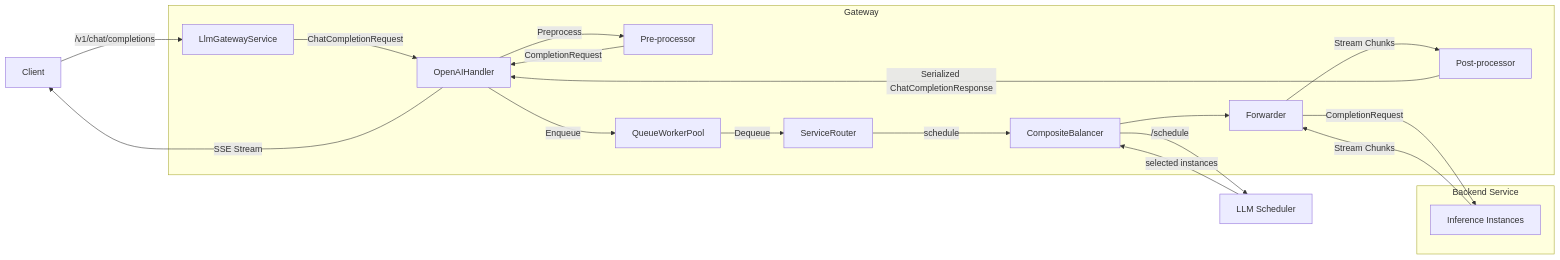
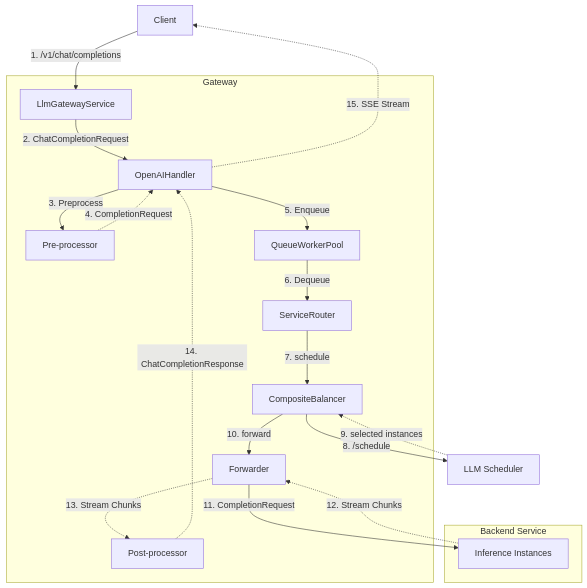
The diagram in docs/source/design/gateway_architecture.md (llumnix-project/llumnix), drawn with Mermaid before and after one commit. The commit also changed 3 other files, not shown here.

````diff
--- a/docs/source/design/gateway_architecture.md
+++ b/docs/source/design/gateway_architecture.md
@@ -104,37 +104,38 @@
 ```mermaid
-graph LR
+%%{init: {'flowchart': {'curve': 'basis', 'nodeSpacing': 30}}}%%
+graph TB
     Client[Client]
     
     subgraph Gateway["Gateway"]
         Service[LlmGatewayService]
         Handler[OpenAIHandler]
         PreProc[Pre-processor]
         Queue[QueueWorkerPool]
         Router[ServiceRouter]
         LB[CompositeBalancer]
         Forwarder[Forwarder]
         PostProc[Post-processor]
     end
     
     subgraph Backend["Backend Service"]
         Internal[Inference Instances]
     end
     
     Scheduler[LLM Scheduler]
     
-    Client -->|/v1/chat/completions| Service
-    Service --> |ChatCompletionRequest| Handler
-    Handler --> |Preprocess| PreProc
-    PreProc --> |CompletionRequest| Handler
-    Handler --> |Enqueue| Queue
-    Queue --> |Dequeue|Router
-    Router -->|schedule| LB
-    LB -->|/schedule| Scheduler
-    Scheduler -->|selected instances| LB
-    LB --> Forwarder
-    Forwarder -->|CompletionRequest| Internal
-    Internal -->|Stream Chunks| Forwarder
-    Forwarder -->|Stream Chunks| PostProc
-    PostProc -->|Serialized ChatCompletionResponse| Handler
-    Handler -->|SSE Stream| Client
+    Client -->|1. /v1/chat/completions| Service
+    Service -->|2. ChatCompletionRequest| Handler
+    Handler -->|3. Preprocess| PreProc
+    PreProc -.->|4. CompletionRequest| Handler
+    Handler -->|5. Enqueue| Queue
+    Queue -->|6. Dequeue| Router
+    Router -->|7. schedule| LB
+    LB -->|8. /schedule| Scheduler
+    Scheduler -.->|9. selected instances| LB
+    LB -->|10. forward| Forwarder
+    Forwarder -->|11. CompletionRequest| Internal
+    Internal -.->|12. Stream Chunks| Forwarder
+    Forwarder -.->|13. Stream Chunks| PostProc
+    PostProc -.->|14. ChatCompletionResponse| Handler
+    Handler -.->|15. SSE Stream| Client
 ```
````
